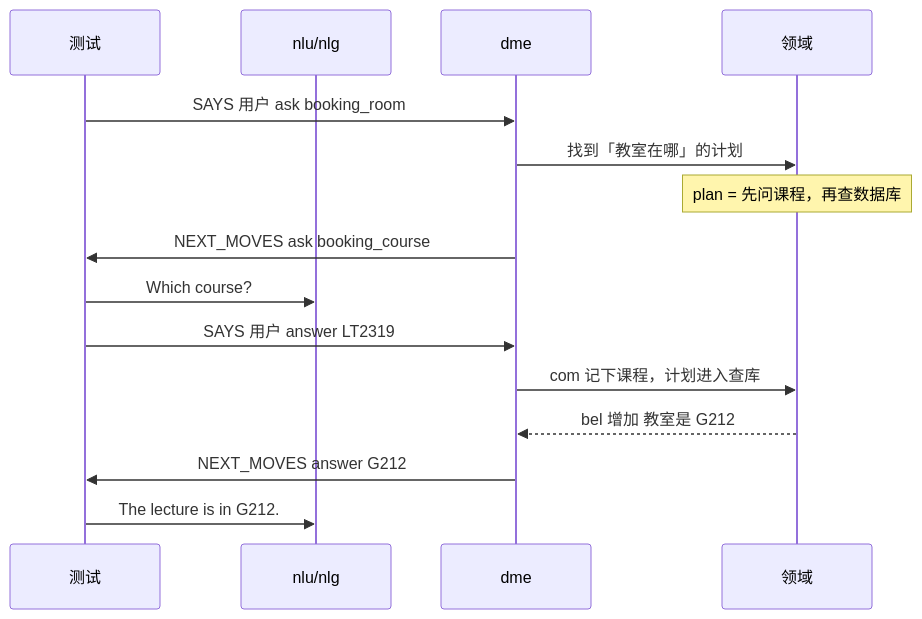
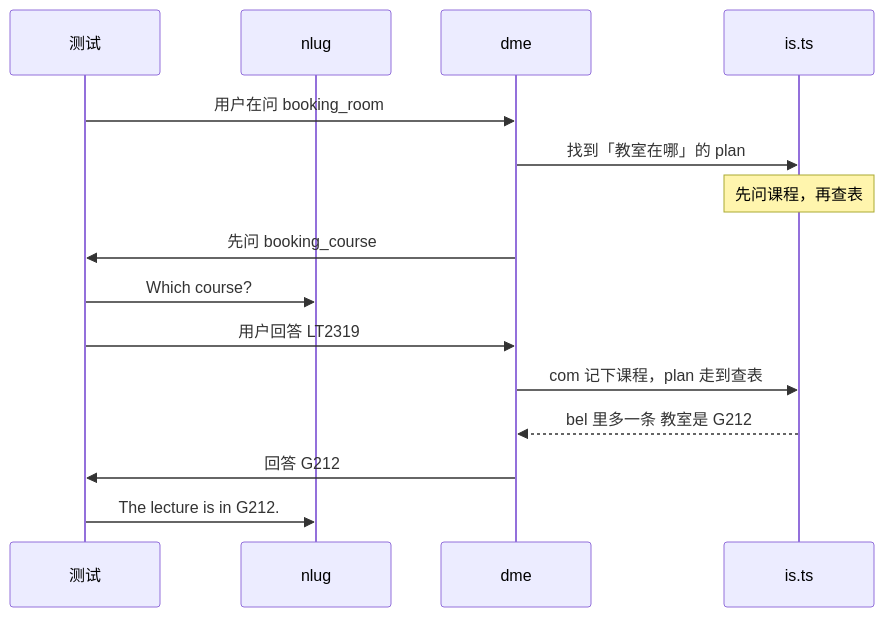
Before and after one commit to GU-CLASP/dialogue-systems-2-2026: the fifth of 5 diagrams in Docs/Lab2/README.md, drawn with Mermaid. The commit also changed other lines of this file and 11 other files, not shown here.

````diff
--- a/Docs/Lab2/README.md
+++ b/Docs/Lab2/README.md
@@ -170,18 +166,18 @@
 ```mermaid
 sequenceDiagram
   participant 测试
-  participant nlu/nlg
+  participant nlug
   participant dme
-  participant 领域
+  participant ists as is.ts
 
-  测试->>dme: SAYS 用户 ask booking_room
-  dme->>领域: 找到「教室在哪」的计划
-  Note over 领域: plan = 先问课程，再查数据库
-  dme->>测试: NEXT_MOVES ask booking_course
-  测试->>nlu/nlg: Which course?
-  测试->>dme: SAYS 用户 answer LT2319
-  dme->>领域: com 记下课程，计划进入查库
-  领域-->>dme: bel 增加 教室是 G212
-  dme->>测试: NEXT_MOVES answer G212
-  测试->>nlu/nlg: The lecture is in G212.
+  测试->>dme: 用户在问 booking_room
+  dme->>ists: 找到「教室在哪」的 plan
+  Note over ists: 先问课程，再查表
+  dme->>测试: 先问 booking_course
+  测试->>nlug: Which course?
+  测试->>dme: 用户回答 LT2319
+  dme->>ists: com 记下课程，plan 走到查表
+  ists-->>dme: bel 里多一条 教室是 G212
+  dme->>测试: 回答 G212
+  测试->>nlug: The lecture is in G212.
 ```
````
